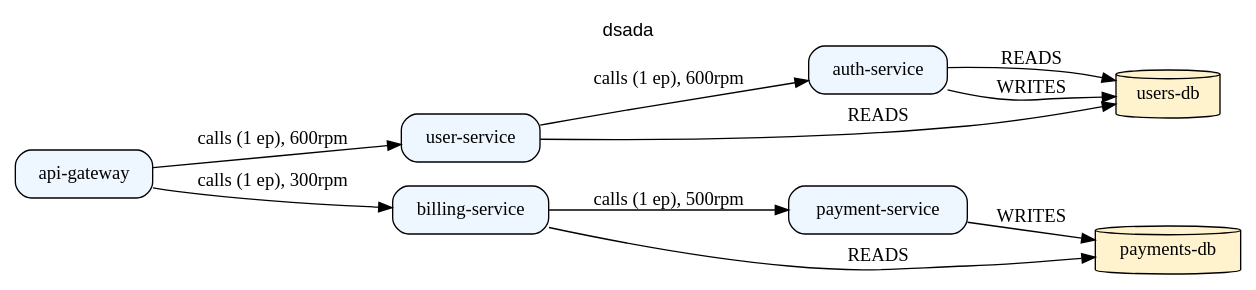
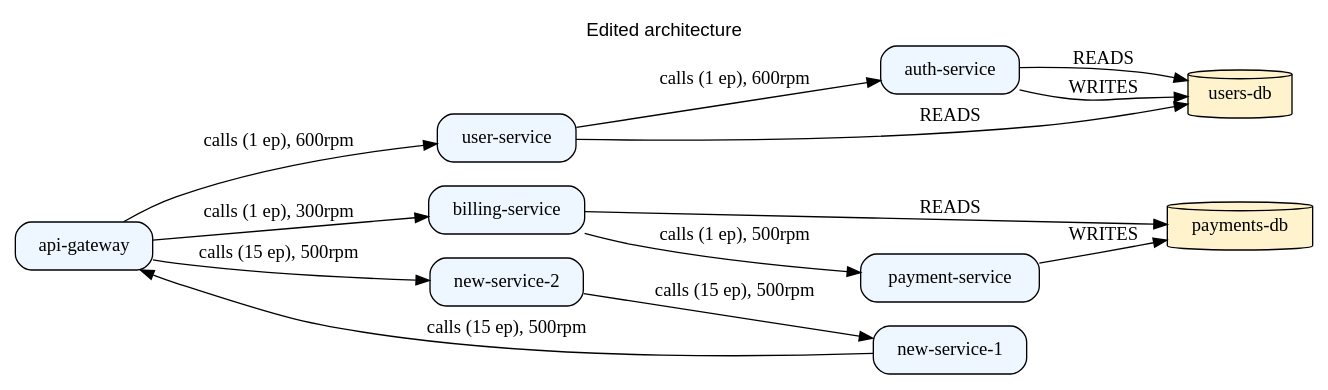
One commit to GoSim-25-26J-441/go-sim-backend changed the diagram in out/graph.dot. Above: the diagram before and after it, drawn with Graphviz. The commit also changed 33 other files, not shown here.

```diff
--- a/out/graph.dot
+++ b/out/graph.dot
@@ -1,21 +1,26 @@
 digraph G {
   rankdir=LR;
   node [shape=box, style=rounded];
-  labelloc="t"; label="dsada"; fontname="Helvetica";
+  labelloc="t"; label="Edited architecture"; fontname="Helvetica";
+  "SERVICE:user-service" [label="user-service", shape=box,style="rounded,filled",fillcolor="#eef6ff"];
+  "DATABASE:payments-db" [label="payments-db", shape=cylinder,style="filled",fillcolor="#fff3cd"];
   "SERVICE:api-gateway" [label="api-gateway", shape=box,style="rounded,filled",fillcolor="#eef6ff"];
-  "SERVICE:user-service" [label="user-service", shape=box,style="rounded,filled",fillcolor="#eef6ff"];
   "SERVICE:auth-service" [label="auth-service", shape=box,style="rounded,filled",fillcolor="#eef6ff"];
   "SERVICE:billing-service" [label="billing-service", shape=box,style="rounded,filled",fillcolor="#eef6ff"];
   "SERVICE:payment-service" [label="payment-service", shape=box,style="rounded,filled",fillcolor="#eef6ff"];
+  "SERVICE:new-service-2" [label="new-service-2", shape=box,style="rounded,filled",fillcolor="#eef6ff"];
+  "SERVICE:new-service-1" [label="new-service-1", shape=box,style="rounded,filled",fillcolor="#eef6ff"];
   "DATABASE:users-db" [label="users-db", shape=cylinder,style="filled",fillcolor="#fff3cd"];
-  "DATABASE:payments-db" [label="payments-db", shape=cylinder,style="filled",fillcolor="#fff3cd"];
   "SERVICE:api-gateway" -> "SERVICE:user-service" [label="calls (1 ep), 600rpm", tooltip="edge#0"];
   "SERVICE:api-gateway" -> "SERVICE:billing-service" [label="calls (1 ep), 300rpm", tooltip="edge#1"];
-  "SERVICE:user-service" -> "SERVICE:auth-service" [label="calls (1 ep), 600rpm", tooltip="edge#2"];
-  "SERVICE:user-service" -> "DATABASE:users-db" [label="READS", tooltip="edge#3"];
-  "SERVICE:auth-service" -> "DATABASE:users-db" [label="READS", tooltip="edge#4"];
-  "SERVICE:auth-service" -> "DATABASE:users-db" [label="WRITES", tooltip="edge#5"];
-  "SERVICE:billing-service" -> "SERVICE:payment-service" [label="calls (1 ep), 500rpm", tooltip="edge#6"];
-  "SERVICE:billing-service" -> "DATABASE:payments-db" [label="READS", tooltip="edge#7"];
-  "SERVICE:payment-service" -> "DATABASE:payments-db" [label="WRITES", tooltip="edge#8"];
+  "SERVICE:api-gateway" -> "SERVICE:new-service-2" [label="calls (15 ep), 500rpm", tooltip="edge#2"];
+  "SERVICE:auth-service" -> "DATABASE:users-db" [label="READS", tooltip="edge#3"];
+  "SERVICE:auth-service" -> "DATABASE:users-db" [label="WRITES", tooltip="edge#4"];
+  "SERVICE:billing-service" -> "SERVICE:payment-service" [label="calls (1 ep), 500rpm", tooltip="edge#5"];
+  "SERVICE:billing-service" -> "DATABASE:payments-db" [label="READS", tooltip="edge#6"];
+  "SERVICE:payment-service" -> "DATABASE:payments-db" [label="WRITES", tooltip="edge#7"];
+  "SERVICE:user-service" -> "SERVICE:auth-service" [label="calls (1 ep), 600rpm", tooltip="edge#8"];
+  "SERVICE:user-service" -> "DATABASE:users-db" [label="READS", tooltip="edge#9"];
+  "SERVICE:new-service-2" -> "SERVICE:new-service-1" [label="calls (15 ep), 500rpm", tooltip="edge#10"];
+  "SERVICE:new-service-1" -> "SERVICE:api-gateway" [label="calls (15 ep), 500rpm", tooltip="edge#11"];
 }
```
